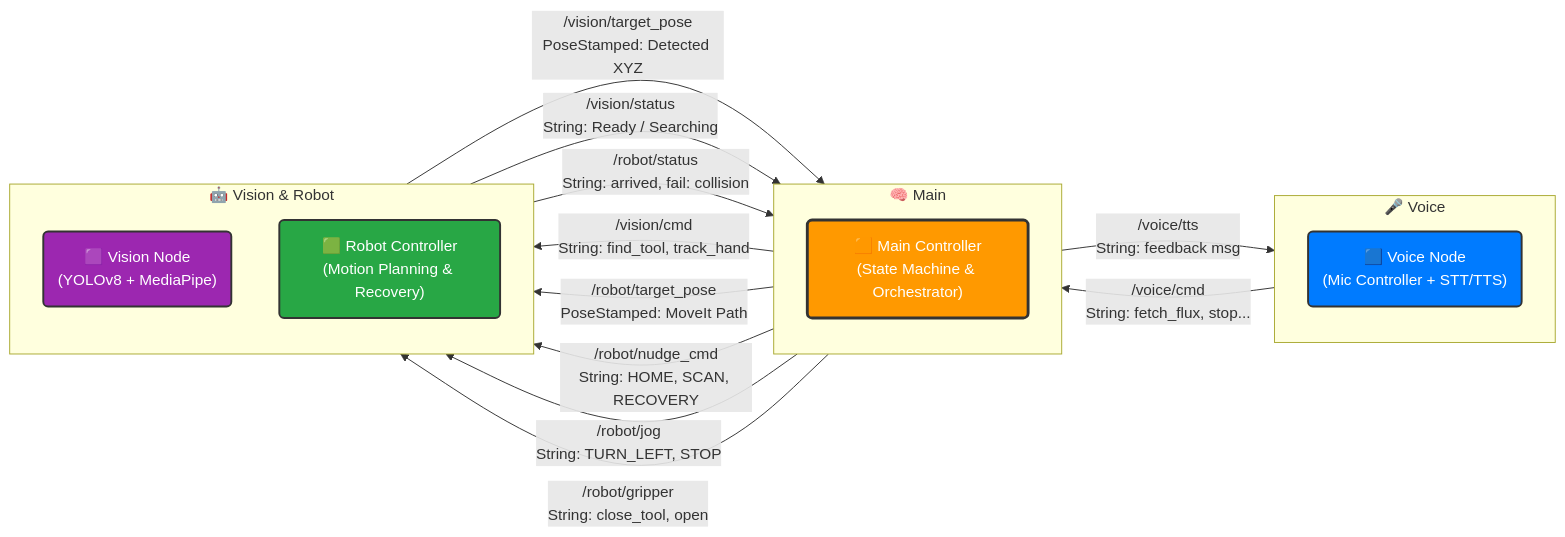
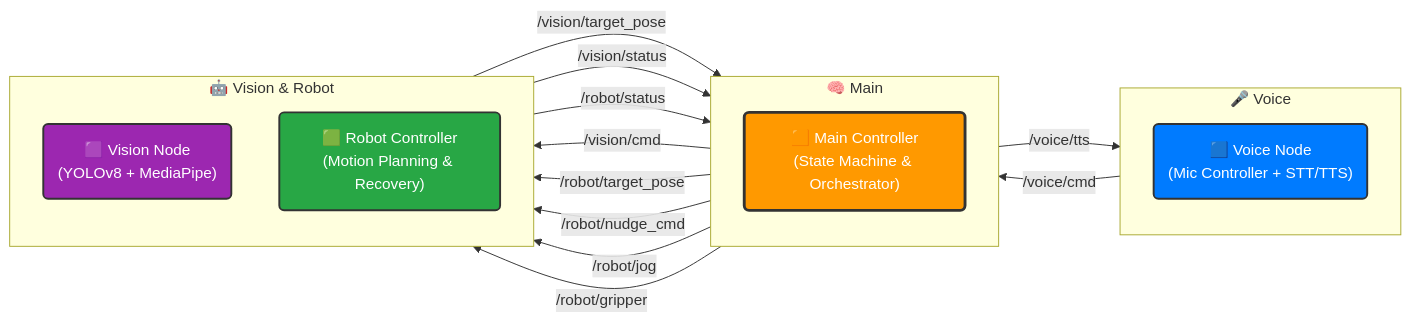
Before and after one commit to flashbulb20/FiXit_ws: the diagram in README.md, drawn with Mermaid.

````diff
--- a/README.md
+++ b/README.md
@@ -44,43 +44,43 @@
 ```mermaid
 flowchart LR
     %% ===== 영역 구분 =====
     subgraph LEFT["🎤 Voice"]
         direction TB
         VOICE("🟦 Voice Node<br/>(Mic Controller + STT/TTS)")
     end
 
     subgraph CENTER["🧠 Main"]
         direction TB
         MAIN("🟧 Main Controller<br/>(State Machine & Orchestrator)")
     end
 
     subgraph RIGHT["🤖 Vision & Robot"]
         direction TB
         VISION("🟪 Vision Node<br/>(YOLOv8 + MediaPipe)")
         ROBOT("🟩 Robot Controller<br/>(Motion Planning & Recovery)")
     end
 
     %% ===== 스타일 =====
     style MAIN fill:#FF9900,stroke:#333,stroke-width:3px,color:#fff
     style VOICE fill:#007BFF,stroke:#333,stroke-width:2px,color:#fff
     style VISION fill:#9C27B0,stroke:#333,stroke-width:2px,color:#fff
     style ROBOT fill:#28A745,stroke:#333,stroke-width:2px,color:#fff
 
     %% ===== [TOPIC] Voice <-> Main =====
-    VOICE -->|/voice/cmd<br/>String: fetch_flux, stop...| MAIN
-    MAIN -->|/voice/tts<br/>String: feedback msg| VOICE
+    VOICE -->|/voice/cmd| MAIN
+    MAIN -->|/voice/tts| VOICE
 
     %% ===== [TOPIC] Vision <-> Main =====
-    MAIN -->|/vision/cmd<br/>String: find_tool, track_hand| VISION
-    VISION -->|/vision/target_pose<br/>PoseStamped: Detected XYZ| MAIN
-    VISION -->|/vision/status<br/>String: Ready / Searching| MAIN
+    MAIN -->|/vision/cmd| VISION
+    VISION -->|/vision/target_pose| MAIN
+    VISION -->|/vision/status| MAIN
 
     %% ===== [TOPIC] Robot <-> Main =====
-    MAIN -->|/robot/target_pose<br/>PoseStamped: MoveIt Path| ROBOT
-    MAIN -->|/robot/nudge_cmd<br/>String: HOME, SCAN, RECOVERY| ROBOT
-    MAIN -->|/robot/jog<br/>String: TURN_LEFT, STOP| ROBOT
-    MAIN -->|/robot/gripper<br/>String: close_tool, open| ROBOT
+    MAIN -->|/robot/target_pose| ROBOT
+    MAIN -->|/robot/nudge_cmd| ROBOT
+    MAIN -->|/robot/jog| ROBOT
+    MAIN -->|/robot/gripper| ROBOT
 
-    ROBOT -->|/robot/status<br/>String: arrived, fail: collision| MAIN
+    ROBOT -->|/robot/status| MAIN
 
 ```
````
